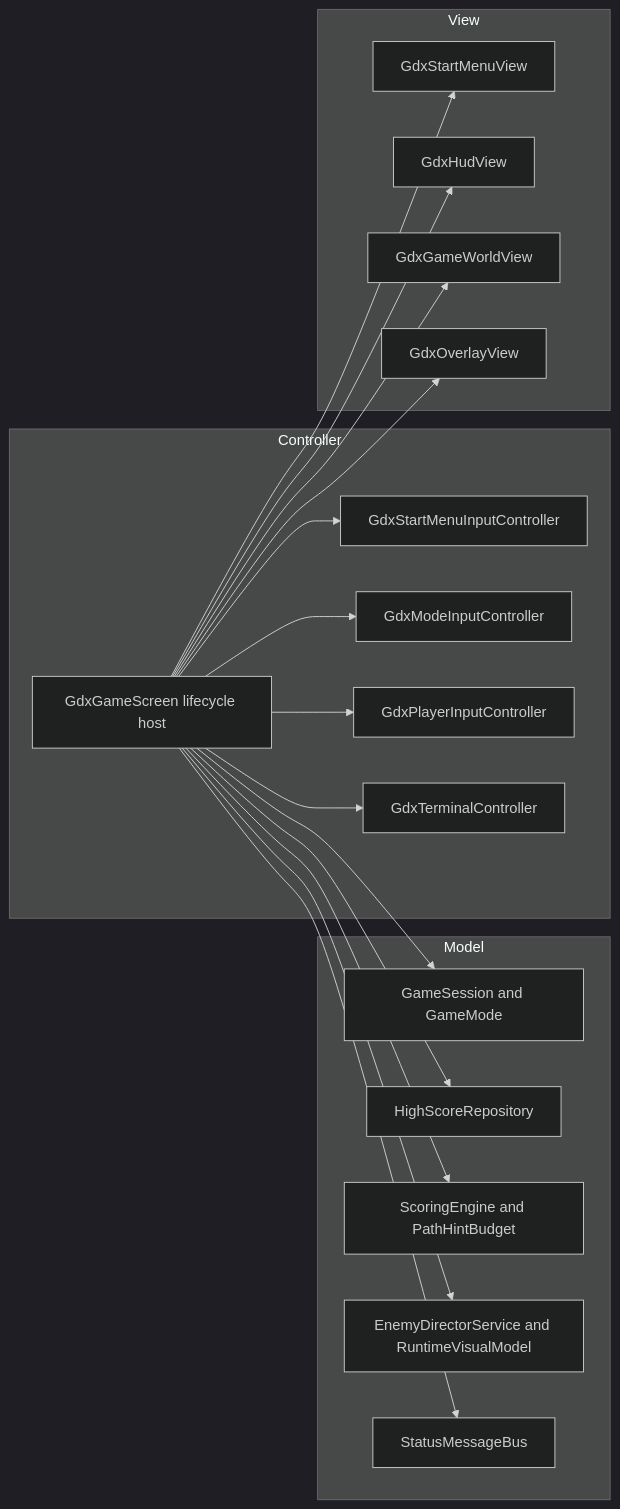
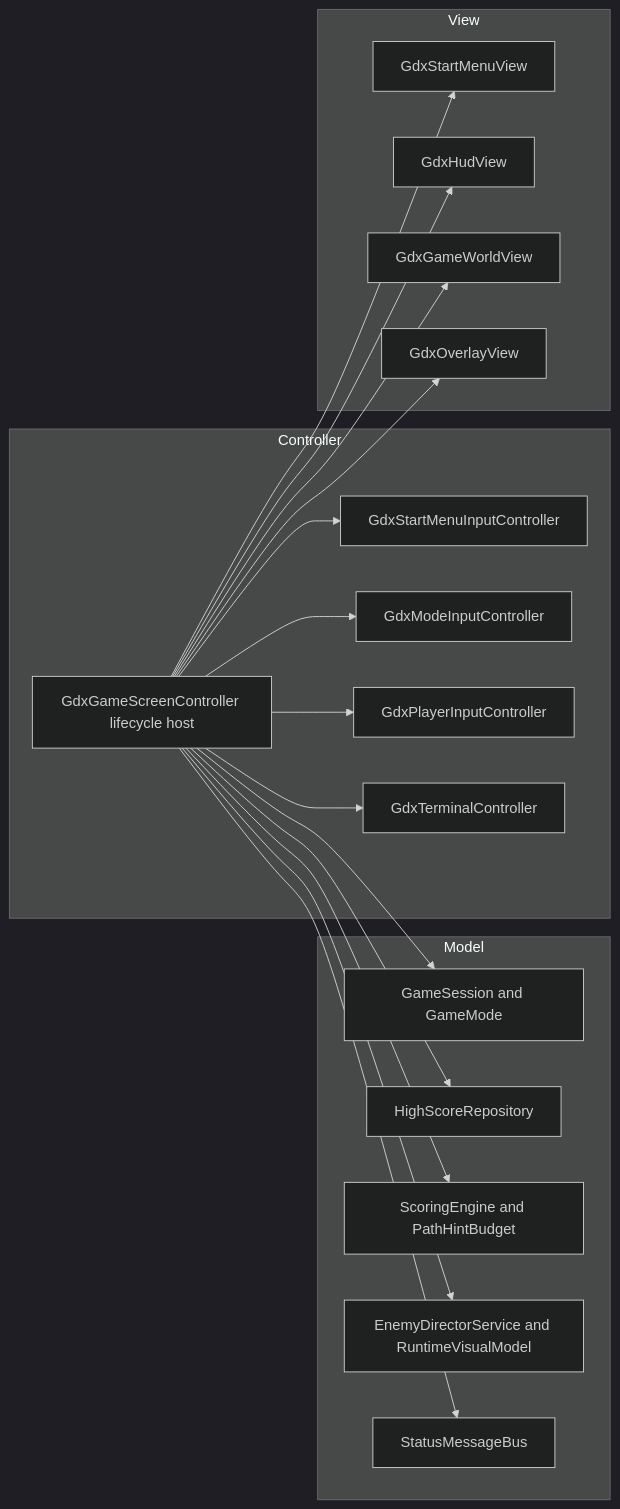
Before and after one commit to itnifl/MazeGame: the diagram in readme.md, drawn with Mermaid (dark theme). The commit also changed 485 other files, not shown here.

````diff
--- a/readme.md
+++ b/readme.md
@@ -169,41 +169,41 @@
 ```mermaid
 flowchart LR
   subgraph Model
     GS[GameSession and GameMode]
     RH[HighScoreRepository]
     SC[ScoringEngine and PathHintBudget]
     RT[EnemyDirectorService and RuntimeVisualModel]
     SB[StatusMessageBus]
   end
 
   subgraph Controller
-    GGS[GdxGameScreen lifecycle host]
+    GGS[GdxGameScreenController lifecycle host]
     SMI[GdxStartMenuInputController]
     MI[GdxModeInputController]
     PI[GdxPlayerInputController]
     TI[GdxTerminalController]
   end
 
   subgraph View
     SMV[GdxStartMenuView]
     HV[GdxHudView]
     WV[GdxGameWorldView]
     OV[GdxOverlayView]
   end
 
   GGS --> GS
   GGS --> RH
   GGS --> SC
   GGS --> RT
   GGS --> SB
 
   GGS --> SMI
   GGS --> MI
   GGS --> PI
   GGS --> TI
 
   GGS --> SMV
   GGS --> HV
   GGS --> WV
   GGS --> OV
 ```
````
